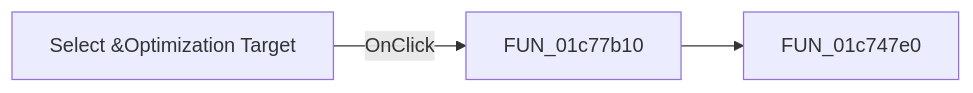
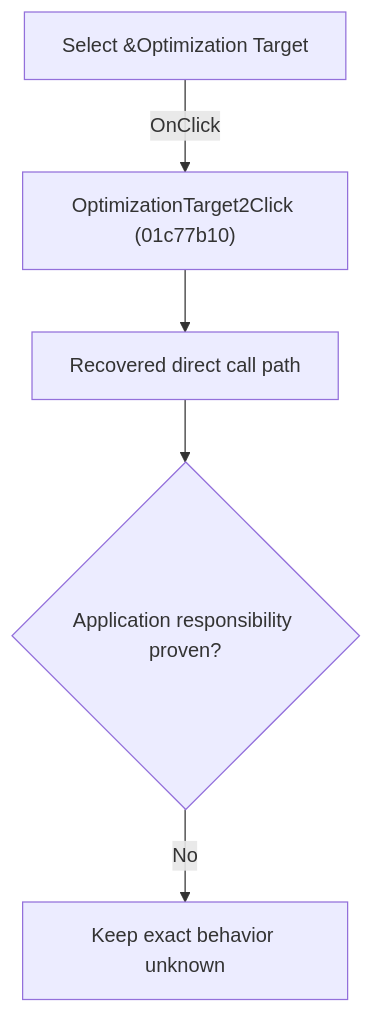
The diagram in docs/ui-controls/schematiceditor/optimizationtarget2-112eeeeb2c.md (MovGP0/TIARA), drawn with Mermaid before and after one commit. The commit also changed other lines of this file and 1062 other files, not shown here.

````diff
--- a/docs/ui-controls/schematiceditor/optimizationtarget2-112eeeeb2c.md
+++ b/docs/ui-controls/schematiceditor/optimizationtarget2-112eeeeb2c.md
@@ -27,5 +27,7 @@
 ```mermaid
-flowchart LR
-    control["Select &Optimization Target"] -->|OnClick| handler["FUN_01c77b10"]
-    handler --> call1["FUN_01c747e0"]
+flowchart TD
+    control["Select &Optimization Target"] -->|"OnClick"| handler["OptimizationTarget2Click (01c77b10)"]
+    handler --> recovered["Recovered direct call path"]
+    recovered --> gap{"Application responsibility proven?"}
+    gap -->|"No"| blocked["Keep exact behavior unknown"]
 ```
````
